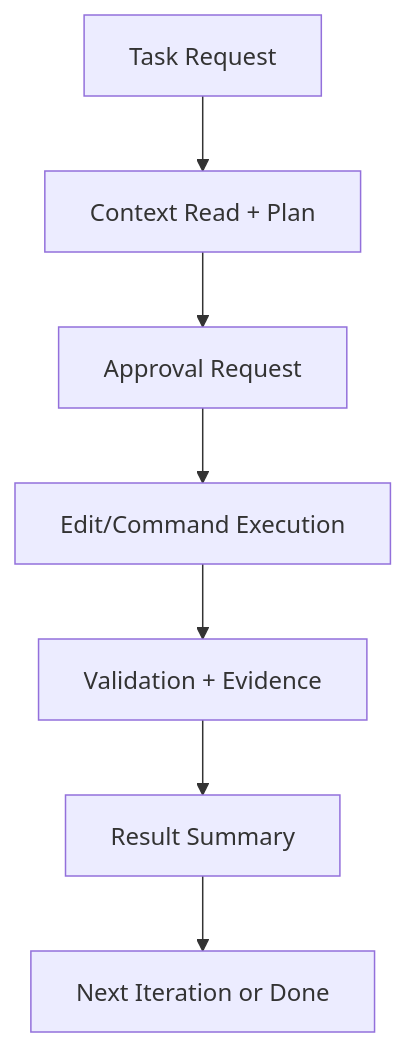
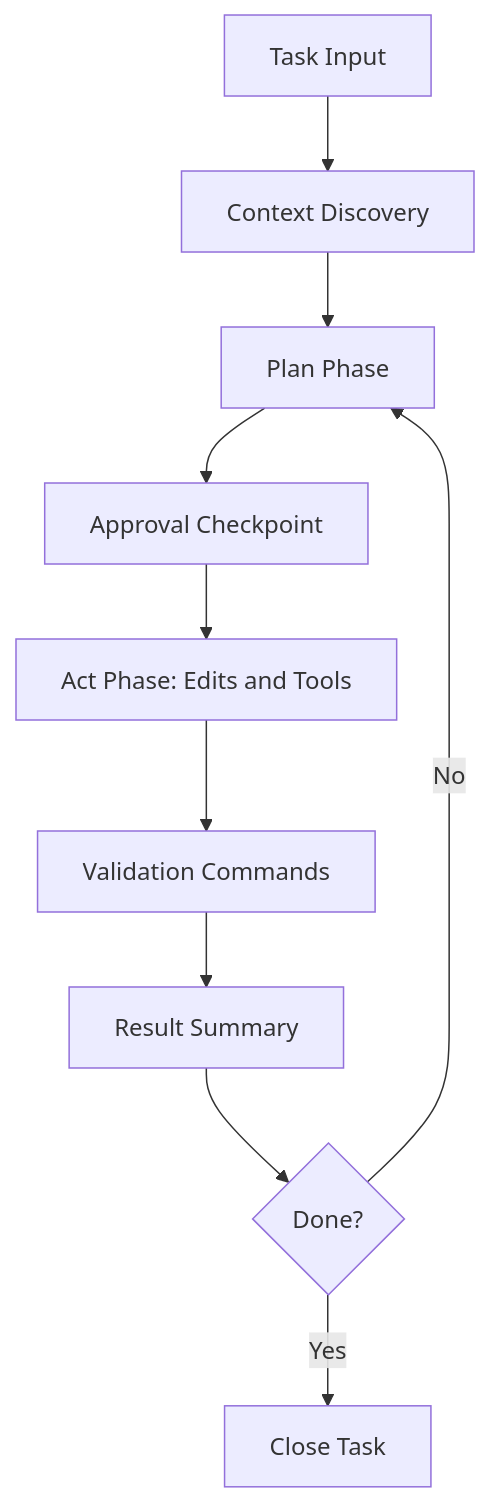
The diagram in tutorials/cline-tutorial/02-agent-workflow.md (johnxie/awesome-code-docs), drawn with Mermaid before and after one commit. The commit also changed other lines of this file and 13 other files, not shown here.

````diff
--- a/tutorials/cline-tutorial/02-agent-workflow.md
+++ b/tutorials/cline-tutorial/02-agent-workflow.md
@@ -14,9 +14,12 @@
 ```mermaid
-graph TD
-    A[Task Request] --> B[Context Read + Plan]
-    B --> C[Approval Request]
-    C --> D[Edit/Command Execution]
-    D --> E[Validation + Evidence]
-    E --> F[Result Summary]
-    F --> G[Next Iteration or Done]
+flowchart TD
+    A[Task Input] --> B[Context Discovery]
+    B --> C[Plan Phase]
+    C --> D[Approval Checkpoint]
+    D --> E[Act Phase: Edits and Tools]
+    E --> F[Validation Commands]
+    F --> G[Result Summary]
+    G --> H{Done?}
+    H -- No --> C
+    H -- Yes --> I[Close Task]
 ```
````
